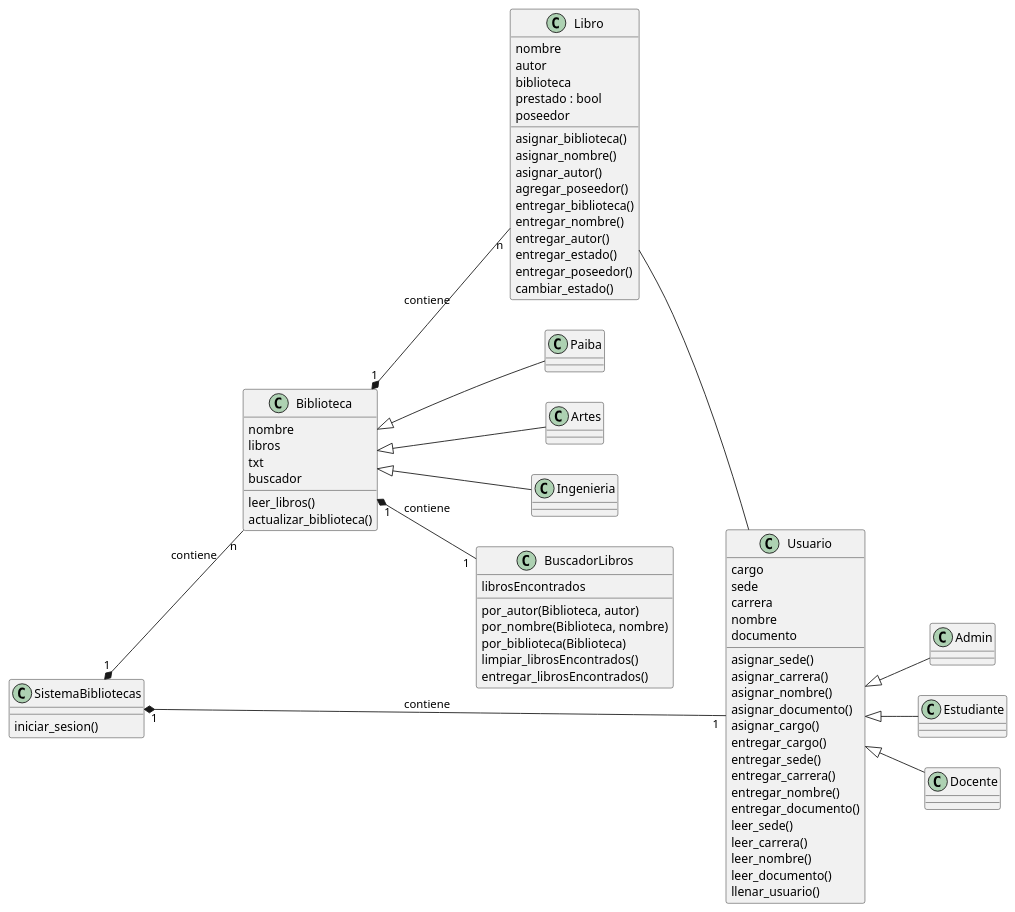
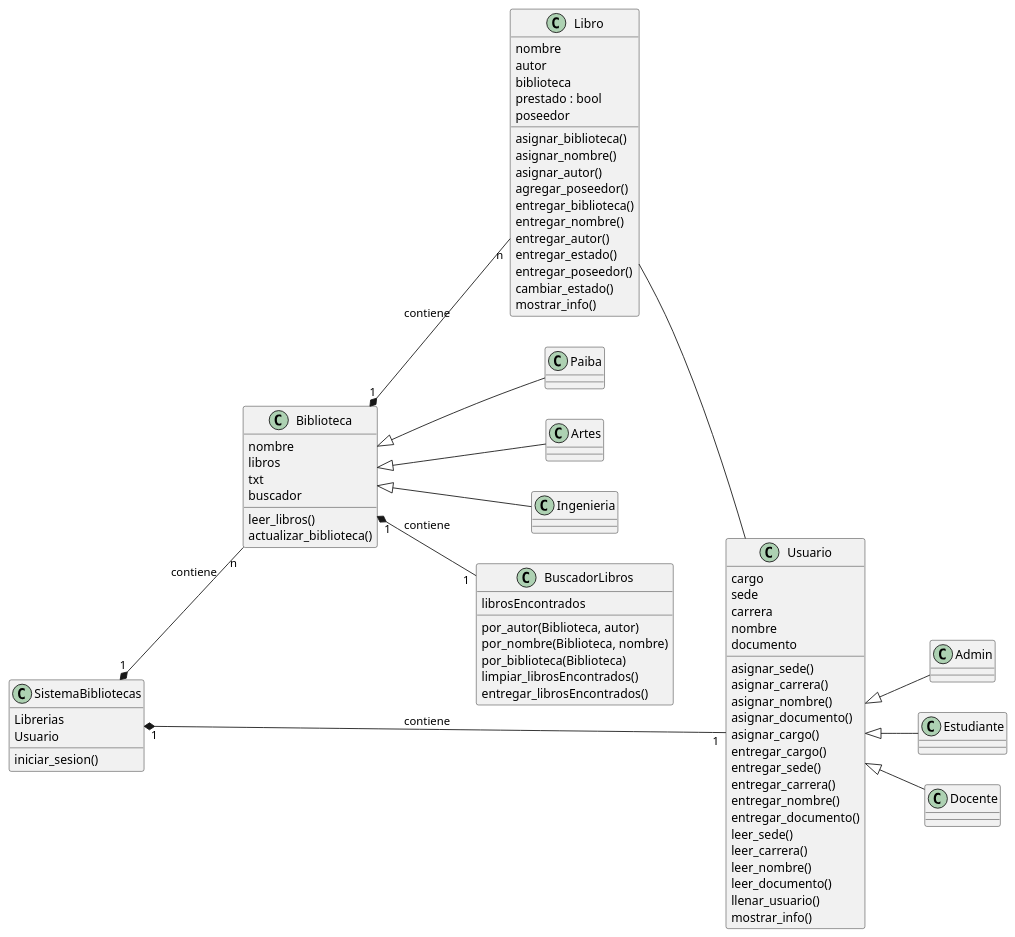
The diagram in diagramas/clases.plantuml (judlozanol/Biblioteca-UD), drawn with PlantUML before and after one commit. The commit also changed 3 other files, not shown here.

```diff
--- a/diagramas/clases.plantuml
+++ b/diagramas/clases.plantuml
@@ -1,77 +1,80 @@
 @startuml
 left to right direction
 Biblioteca "1" *-- "n" Libro : contiene
 Biblioteca <|-- Paiba
 Biblioteca <|-- Artes
 Biblioteca <|-- Ingenieria
 Libro -- Usuario
 class Libro{
     nombre
     autor
     biblioteca
     prestado : bool
     poseedor
     asignar_biblioteca()
     asignar_nombre()
     asignar_autor()
     agregar_poseedor()
     entregar_biblioteca()
     entregar_nombre()
     entregar_autor()
     entregar_estado()
     entregar_poseedor()
     cambiar_estado()
+    mostrar_info()
 }
 
 class Biblioteca{
     nombre
     libros
     txt
     buscador
     leer_libros()
     actualizar_biblioteca()
 }
 
 Usuario <|-- Admin
 Usuario <|-- Estudiante
 Usuario <|-- Docente
 class Usuario{
     cargo
     sede
     carrera
     nombre
     documento
     asignar_sede()
     asignar_carrera()
     asignar_nombre()
     asignar_documento()
     asignar_cargo()
     entregar_cargo()
     entregar_sede()
     entregar_carrera()
     entregar_nombre()
     entregar_documento()
     leer_sede()
     leer_carrera()
     leer_nombre()
     leer_documento()
     llenar_usuario()
+    mostrar_info()
 }
 
 Biblioteca "1" *-- "1" BuscadorLibros:contiene
 SistemaBibliotecas "1" *-- "1" Usuario:contiene
 SistemaBibliotecas "1" *-- "n" Biblioteca:contiene
 class BuscadorLibros{
     librosEncontrados
     por_autor(Biblioteca, autor)
     por_nombre(Biblioteca, nombre)
     por_biblioteca(Biblioteca)
     limpiar_librosEncontrados()
     entregar_librosEncontrados()
 }
 
 class SistemaBibliotecas{
+    Librerias
+    Usuario
     iniciar_sesion()
-    
 }
 @enduml
```
